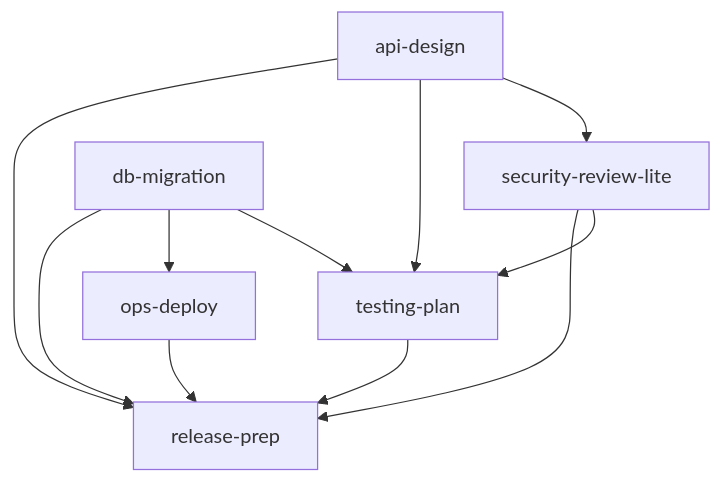
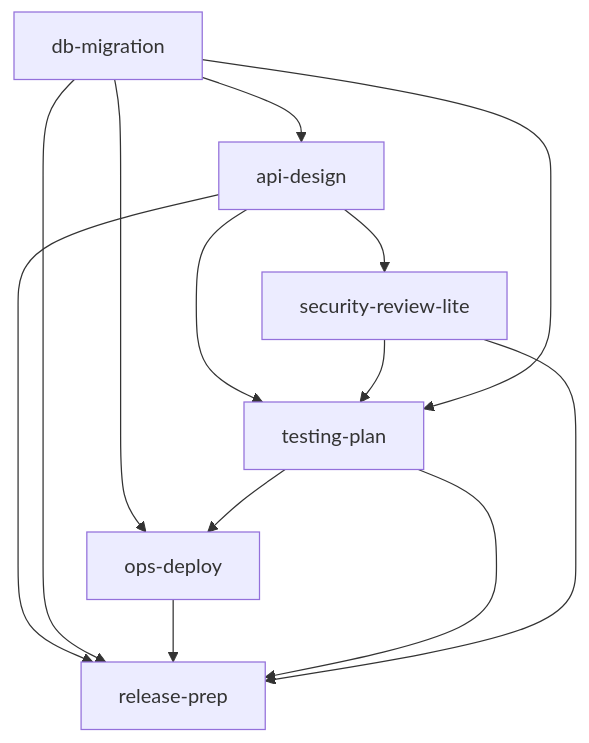
Before and after one commit to yunusakin/spectra: the diagram in sdd/.agent/skills/dependency-graph.md, drawn with Mermaid. The commit also changed other lines of this file and 43 other files, not shown here.

Commit message:
feat: add token-efficient intake packs and enforce skill graph gates

````diff
--- a/sdd/.agent/skills/dependency-graph.md
+++ b/sdd/.agent/skills/dependency-graph.md
@@ -5,15 +8,18 @@
 ```mermaid
 graph TD
   api[api-design] --> sec[security-review-lite]
   api --> test[testing-plan]
   sec --> test
 
-  db[db-migration] --> test
+  db[db-migration] --> api
+  db --> test
   db --> ops[ops-deploy]
+
+  test --> ops
 
   api --> rel[release-prep]
   db --> rel
   ops --> rel
   test --> rel
   sec --> rel
 ```
````
